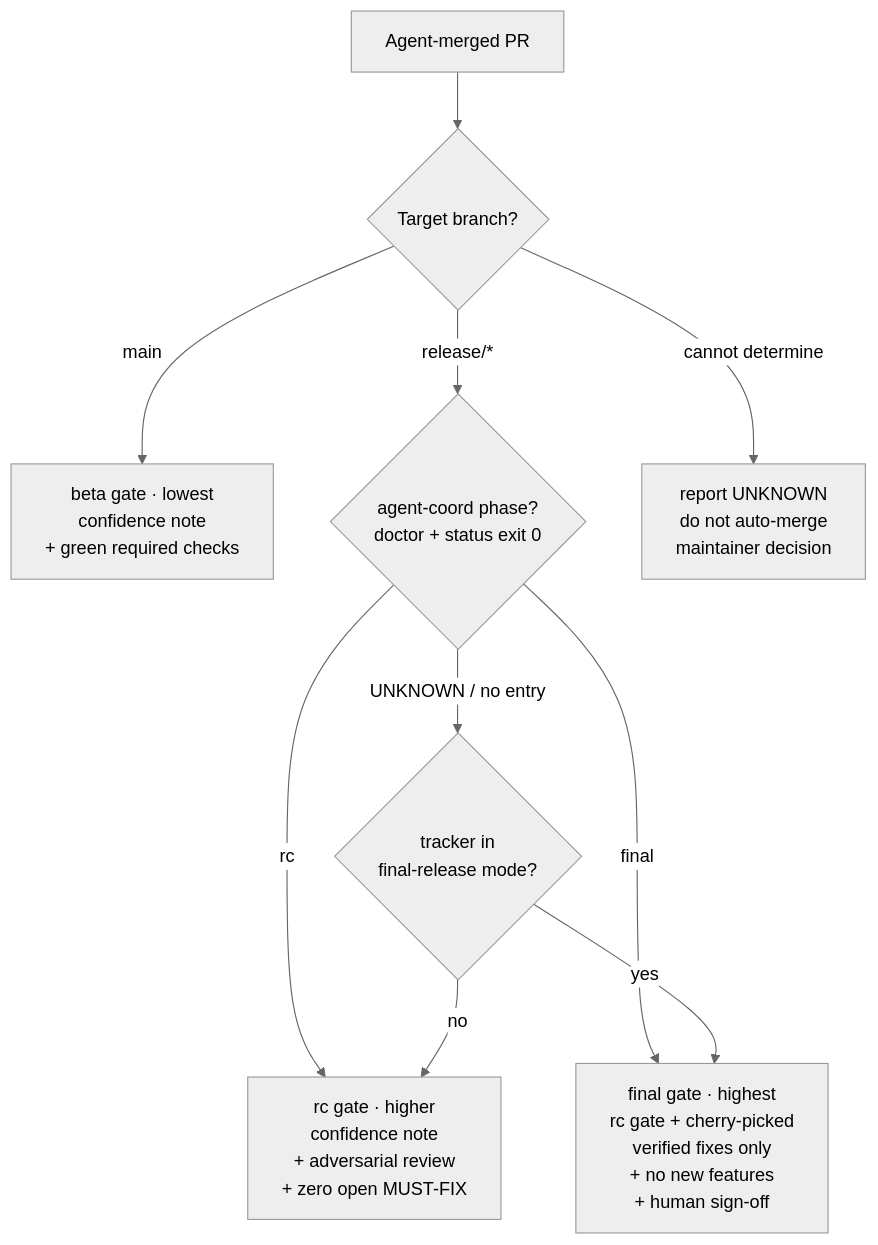
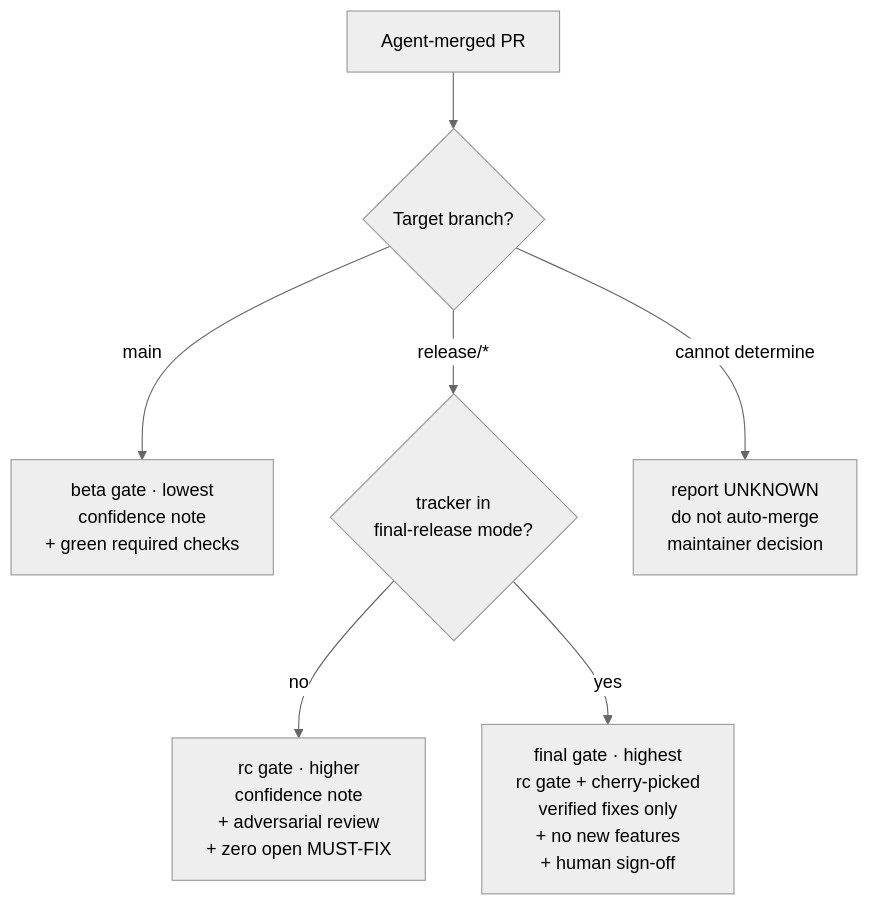
The third of 3 diagrams in internal/contributor-info/release-train-runbook.md (shakacode/react_on_rails), drawn with Mermaid (neutral theme) before and after one commit. The commit also changed other lines of this file and 44 other files, not shown here.

````diff
--- a/internal/contributor-info/release-train-runbook.md
+++ b/internal/contributor-info/release-train-runbook.md
@@ -2028,12 +1791,9 @@
 ```mermaid
 flowchart TD
     PR["Agent-merged PR"] --> T{"Target branch?"}
     T -->|"main"| BETA["beta gate · lowest<br/>confidence note<br/>+ green required checks"]
-    T -->|"release/*"| AC{"agent-coord phase?<br/>doctor + status exit 0"}
+    T -->|"release/*"| FB{"tracker in<br/>final-release mode?"}
     T -->|"cannot determine"| NOAM["report UNKNOWN<br/>do not auto-merge<br/>maintainer decision"]
-    AC -->|"rc"| RC["rc gate · higher<br/>confidence note<br/>+ adversarial review<br/>+ zero open MUST-FIX"]
-    AC -->|"final"| FINAL["final gate · highest<br/>rc gate + cherry-picked<br/>verified fixes only<br/>+ no new features<br/>+ human sign-off"]
-    AC -->|"UNKNOWN / no entry"| FB{"tracker in<br/>final-release mode?"}
-    FB -->|"no"| RC
-    FB -->|"yes"| FINAL
+    FB -->|"no"| RC["rc gate · higher<br/>confidence note<br/>+ adversarial review<br/>+ zero open MUST-FIX"]
+    FB -->|"yes"| FINAL["final gate · highest<br/>rc gate + cherry-picked<br/>verified fixes only<br/>+ no new features<br/>+ human sign-off"]
 ```
````
